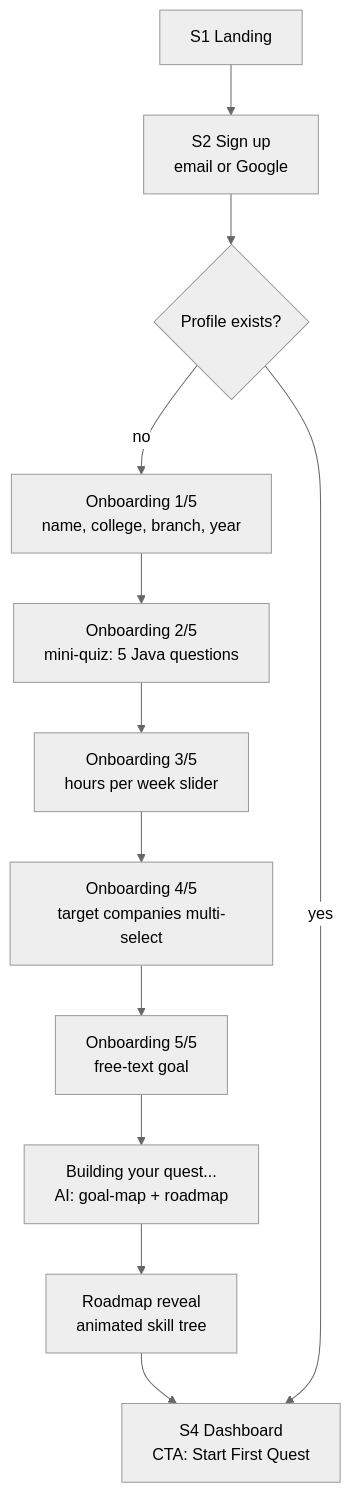
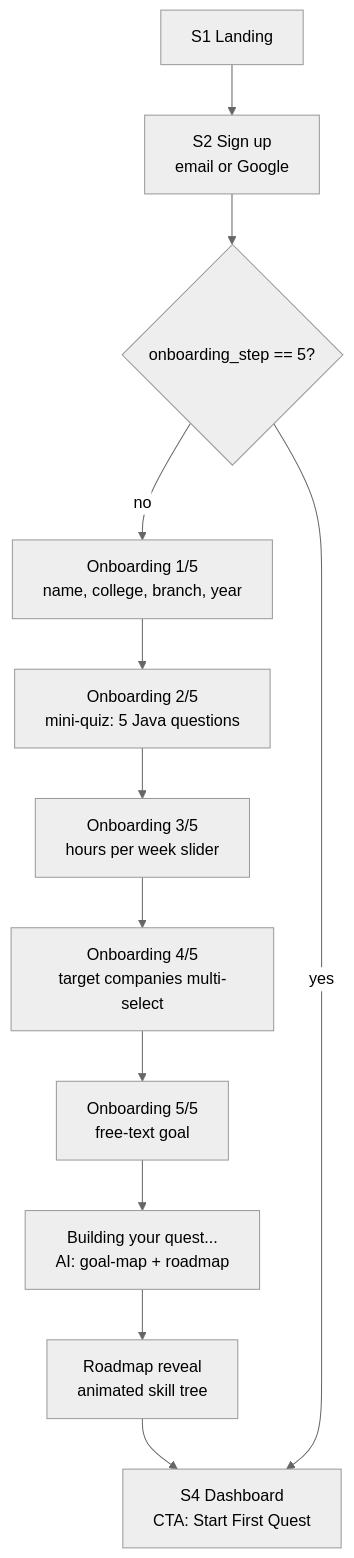
The first of 2 diagrams in docs/03-APP-FLOW.md (NandanDev016/SKILLQUEST-DEV), drawn with Mermaid (neutral theme) before and after one commit. The commit also changed other lines of this file and 2 other files, not shown here.

````diff
--- a/docs/03-APP-FLOW.md
+++ b/docs/03-APP-FLOW.md
@@ -30,14 +30,14 @@
 ```mermaid
 flowchart TD
     L[S1 Landing] --> A[S2 Sign up\nemail or Google]
-    A --> B{Profile exists?}
+    A --> B{onboarding_step == 5?}
     B -- no --> O1[Onboarding 1/5\nname, college, branch, year]
     O1 --> O2[Onboarding 2/5\nmini-quiz: 5 Java questions]
     O2 --> O3[Onboarding 3/5\nhours per week slider]
     O3 --> O4[Onboarding 4/5\ntarget companies multi-select]
     O4 --> O5[Onboarding 5/5\nfree-text goal]
     O5 --> P[Building your quest...\nAI: goal-map + roadmap]
     P --> R[Roadmap reveal\nanimated skill tree]
     R --> D[S4 Dashboard\nCTA: Start First Quest]
     B -- yes --> D
 ```
````
